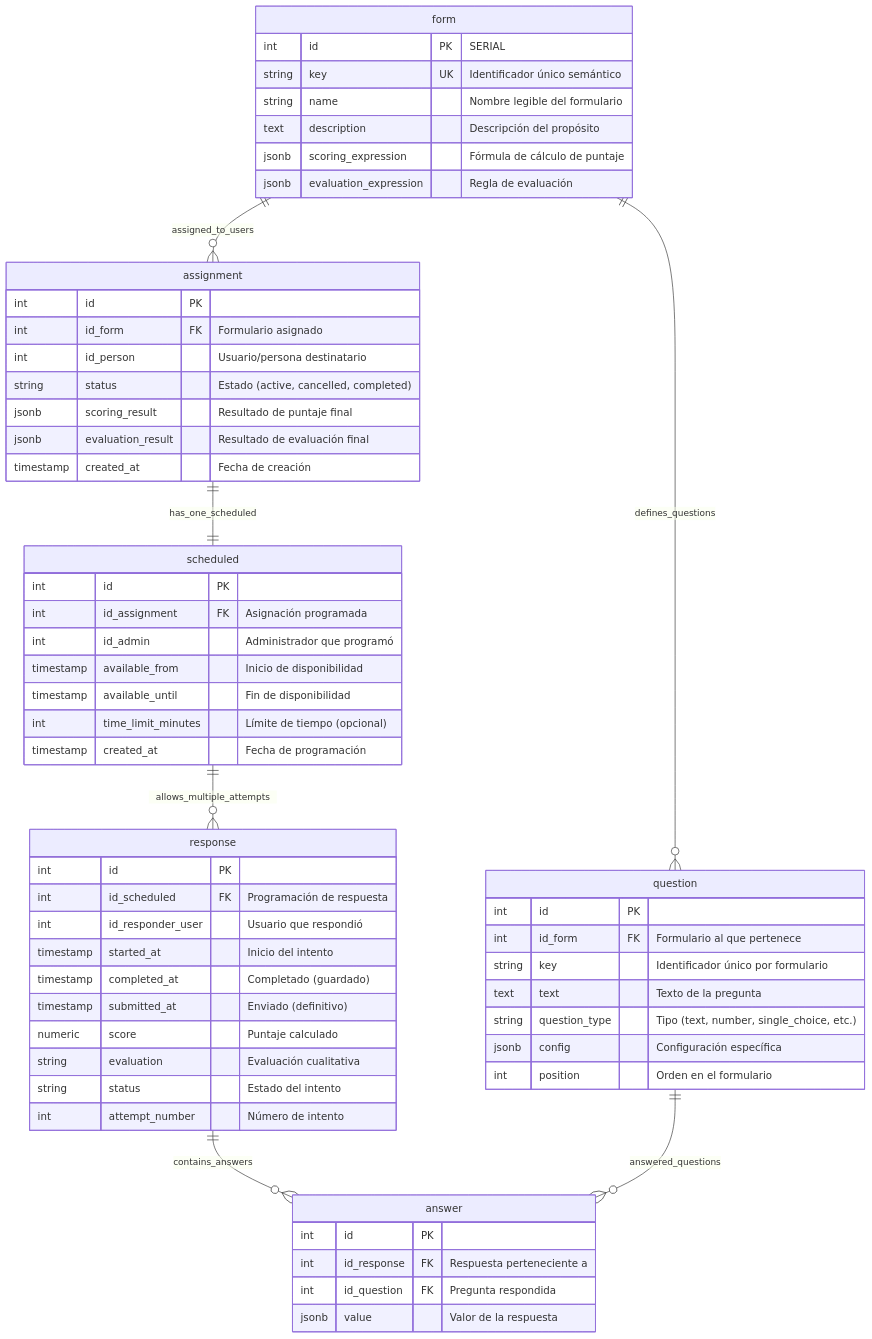
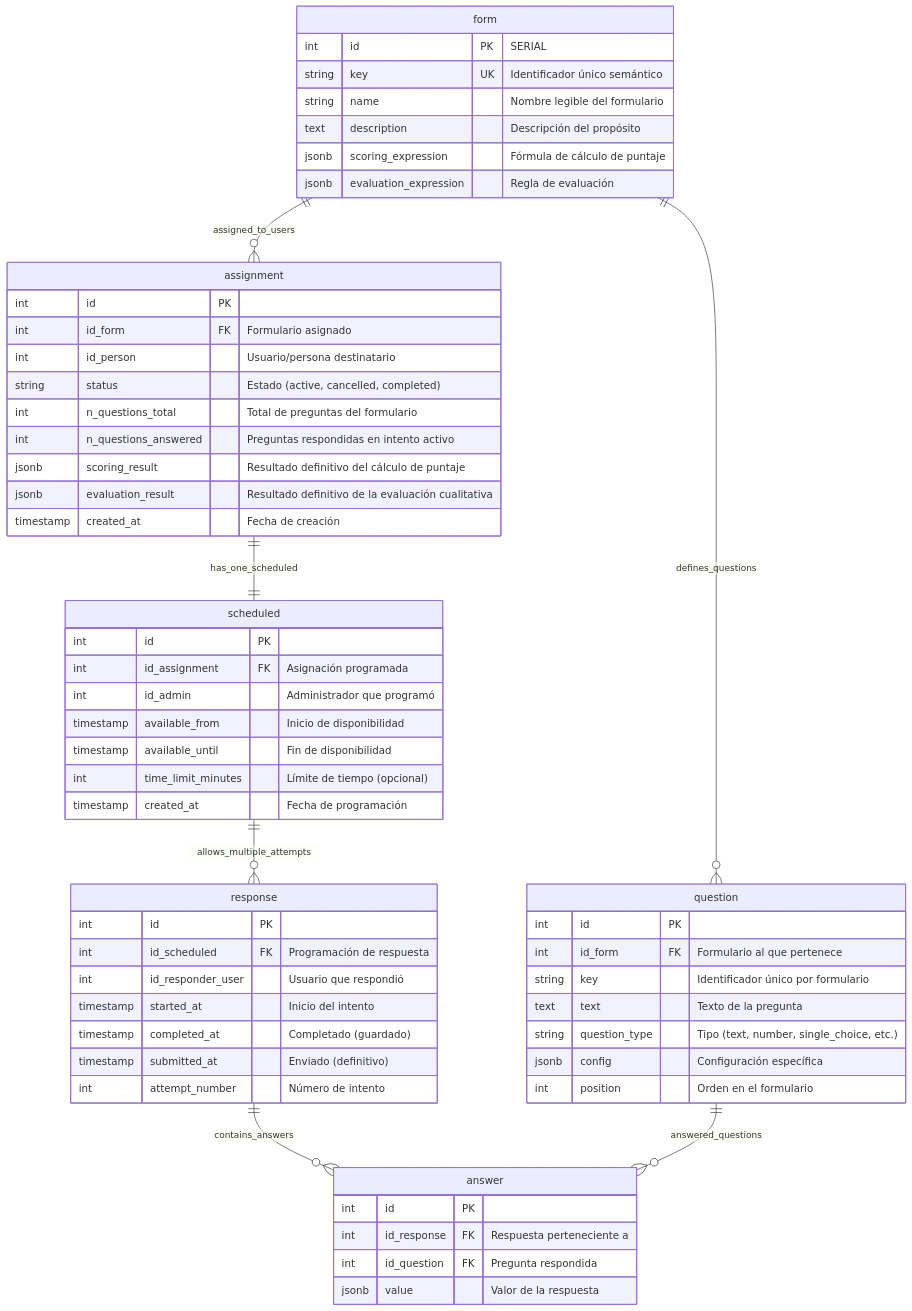
The diagram in backend/docs/bd_mermaid.mmd (m4ck-y/FormFlow), drawn with Mermaid before and after one commit. The commit also changed 1 other file, not shown here.

Commit message:
DOCS (BACKEND) - ERD[score, evaluation]

```diff
--- a/backend/docs/bd_mermaid.mmd
+++ b/backend/docs/bd_mermaid.mmd
@@ -1,73 +1,72 @@
 erDiagram
 
     %% Grupo: Plantilla
     form ||--o{ question : "defines_questions"
     form ||--o{ assignment : "assigned_to_users"
     
     %% Grupo: Asignación y Programación
     assignment ||--|| scheduled : "has_one_scheduled"
     scheduled ||--o{ response : "allows_multiple_attempts"
     
     %% Grupo: Respuesta
     response ||--o{ answer : "contains_answers"
     question ||--o{ answer : "answered_questions"
 
     %% Entidades detalladas
     form {
         int id PK "SERIAL"
         string key UK "Identificador único semántico"
         string name "Nombre legible del formulario"
         text description "Descripción del propósito"
         jsonb scoring_expression "Fórmula de cálculo de puntaje"
         jsonb evaluation_expression "Regla de evaluación"
     }
     
     question {
         int id PK
         int id_form FK "Formulario al que pertenece"
         string key "Identificador único por formulario"
         text text "Texto de la pregunta"
         string question_type "Tipo (text, number, single_choice, etc.)"
         jsonb config "Configuración específica"
         int position "Orden en el formulario"
     }
     
     assignment {
         int id PK
         int id_form FK "Formulario asignado"
         int id_person "Usuario/persona destinatario"
         string status "Estado (active, cancelled, completed)"
-        jsonb scoring_result "Resultado de puntaje final"
-        jsonb evaluation_result "Resultado de evaluación final"
+        int n_questions_total "Total de preguntas del formulario"
+        int n_questions_answered "Preguntas respondidas en intento activo"
+        jsonb scoring_result "Resultado definitivo del cálculo de puntaje"
+        jsonb evaluation_result "Resultado definitivo de la evaluación cualitativa"
         timestamp created_at "Fecha de creación"
     }
     
     scheduled {
         int id PK
         int id_assignment FK "Asignación programada"
         int id_admin "Administrador que programó"
         timestamp available_from "Inicio de disponibilidad"
         timestamp available_until "Fin de disponibilidad"
         int time_limit_minutes "Límite de tiempo (opcional)"
         timestamp created_at "Fecha de programación"
     }
     
     response {
         int id PK
         int id_scheduled FK "Programación de respuesta"
         int id_responder_user "Usuario que respondió"
         timestamp started_at "Inicio del intento"
         timestamp completed_at "Completado (guardado)"
         timestamp submitted_at "Enviado (definitivo)"
-        numeric score "Puntaje calculado"
-        string evaluation "Evaluación cualitativa"
-        string status "Estado del intento"
         int attempt_number "Número de intento"
     }
     
     answer {
         int id PK
         int id_response FK "Respuesta perteneciente a"
         int id_question FK "Pregunta respondida"
         jsonb value "Valor de la respuesta"
     }
```
